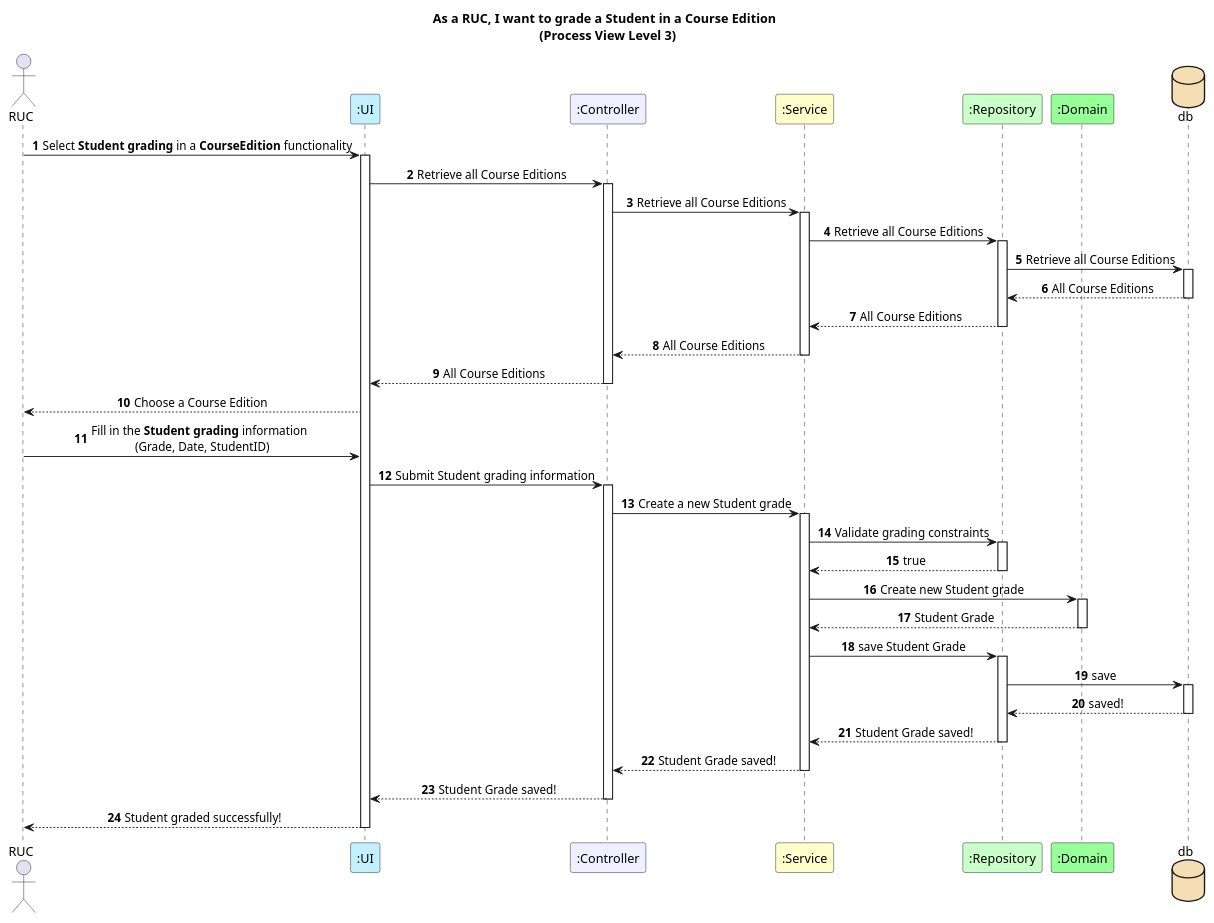
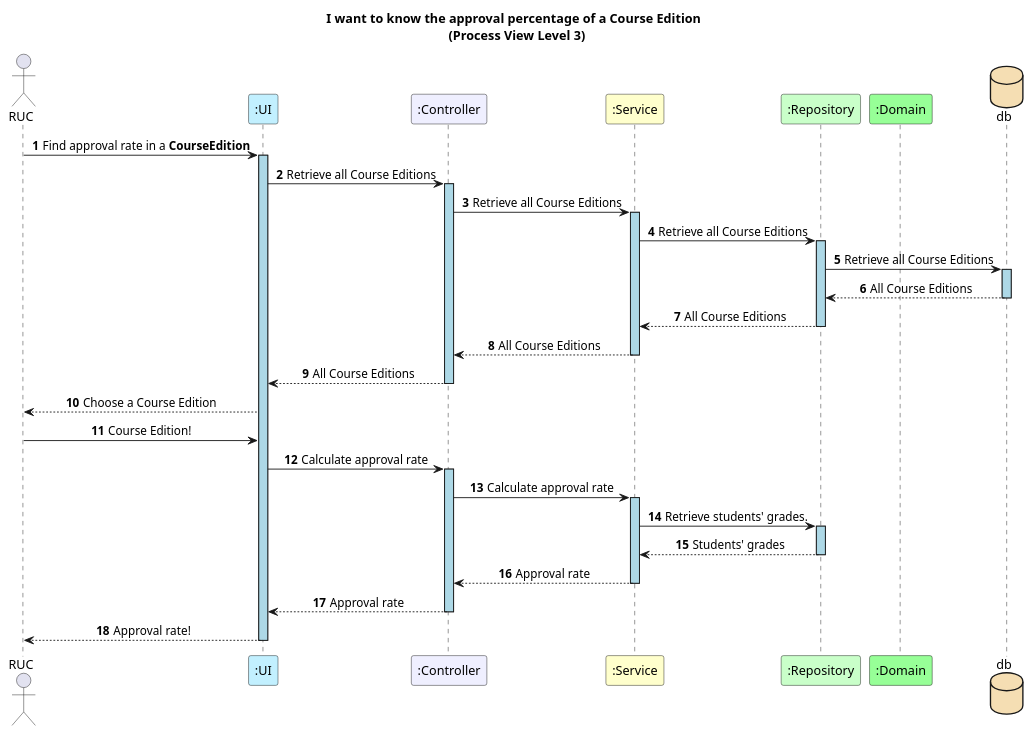
Before and after one commit to GasparISEP/DevOps-PAI: the diagram in docs/US22/REST_API/ProcessView/Level3.puml, drawn with PlantUML. The commit also changed 1 other file, not shown here.

Commit message:
Create ProcessView Diagram for Level3. Refs #565

```diff
--- a/docs/US22/REST_API/ProcessView/Level3.puml
+++ b/docs/US22/REST_API/ProcessView/Level3.puml
@@ -1,74 +1,61 @@
 @startuml
 
 autonumber
-title As a RUC, I want to grade a Student in a Course Edition \n (Process View Level 3)
+skinparam sequenceMessageAlign center
+skinparam sequenceLifeLineBackgroundColor lightblue
+title I want to know the approval percentage of a Course Edition \n (Process View Level 3)
 skinparam sequencemessagealign center
-autonumber
 
 actor RUC
-participant ":UI" as ui #application
+participant ":UI" as UI #application
 participant ":Controller" as controller #motivation
 participant ":Service" as service #business
 participant ":Repository" as repo #technology
 participant ":Domain" as domain #physical
 database db #wheat
 
-RUC -> ui : Select **Student grading** in a **CourseEdition** functionality
-activate ui
-ui -> controller : Retrieve all Course Editions
+RUC -> UI : Find approval rate in a **CourseEdition**
+activate UI
+UI -> controller : Retrieve all Course Editions
 activate controller
 controller -> service : Retrieve all Course Editions
 activate service
 service -> repo : Retrieve all Course Editions
 activate repo
 repo -> db : Retrieve all Course Editions
 activate db
 db --> repo : All Course Editions
 deactivate db
 repo --> service : All Course Editions
 deactivate repo
 service --> controller : All Course Editions
 deactivate service
-controller --> ui : All Course Editions
+controller --> UI : All Course Editions
 deactivate controller
 
 
-ui --> RUC : Choose a Course Edition
+UI --> RUC : Choose a Course Edition
+RUC -> UI : Course Edition!
 
-RUC -> ui : Fill in the **Student grading** information \n (Grade, Date, StudentID)
 
-ui -> controller : Submit Student grading information
+UI -> controller : Calculate approval rate
 
 activate controller
-controller -> service : Create a new Student grade
+controller -> service : Calculate approval rate
 
 activate service
-service -> repo : Validate grading constraints
+service -> repo : Retrieve students' grades.
 activate repo
-repo --> service : true
+repo --> service : Students' grades
 deactivate repo
 
-service -> domain : Create new Student grade
-activate domain
-domain --> service : Student Grade
-deactivate domain
-
-service -> repo : save Student Grade
-activate repo
-repo -> db : save
-activate db
-db --> repo : saved!
-deactivate db
-repo --> service : Student Grade saved!
-deactivate repo
-
-service --> controller : Student Grade saved!
+service --> controller : Approval rate
 deactivate service
 
-controller --> ui : Student Grade saved!
+controller --> UI : Approval rate
 deactivate controller
 
-ui --> RUC : Student graded successfully!
-deactivate ui
+UI --> RUC : Approval rate!
+deactivate UI
 
 @enduml
```
